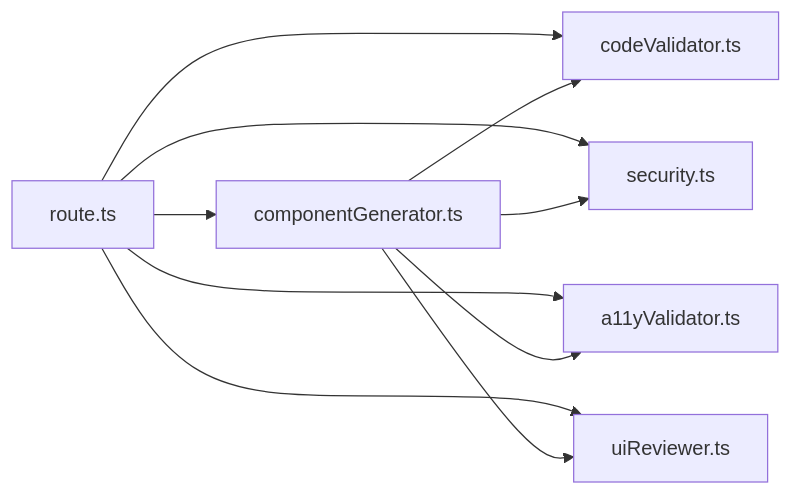
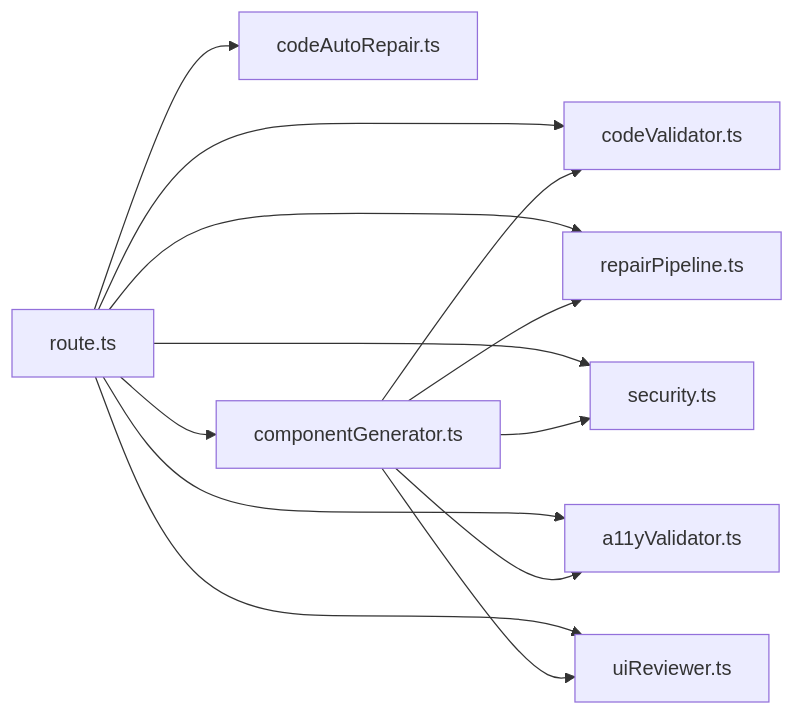
The tenth of 10 diagrams in .qoder/repowiki/en/content/AI Generation Engine/Core Generation Pipeline/Validation & Repair System.md (shekhargiri005-dotcom/AI-powered-accessibility-first-UI-engine), drawn with Mermaid before and after one commit. The commit also changed other lines of this file and 6 other files, not shown here.

````diff
--- a/.qoder/repowiki/en/content/AI Generation Engine/Core Generation Pipeline/Validation & Repair System.md
+++ b/.qoder/repowiki/en/content/AI Generation Engine/Core Generation Pipeline/Validation & Repair System.md
@@ -351,12 +451,15 @@
 ```mermaid
 graph LR
-Route["route.ts"] --> CV["codeValidator.ts"]
+Route["route.ts"] --> CAR["codeAutoRepair.ts"]
+Route --> CV["codeValidator.ts"]
+Route --> RP["repairPipeline.ts"]
 Route --> SEC["security.ts"]
 Route --> AV["a11yValidator.ts"]
 Route --> UR["uiReviewer.ts"]
 Route --> CG["componentGenerator.ts"]
 CG --> CV
+CG --> RP
 CG --> UR
 CG --> AV
 CG --> SEC
 ```
````
